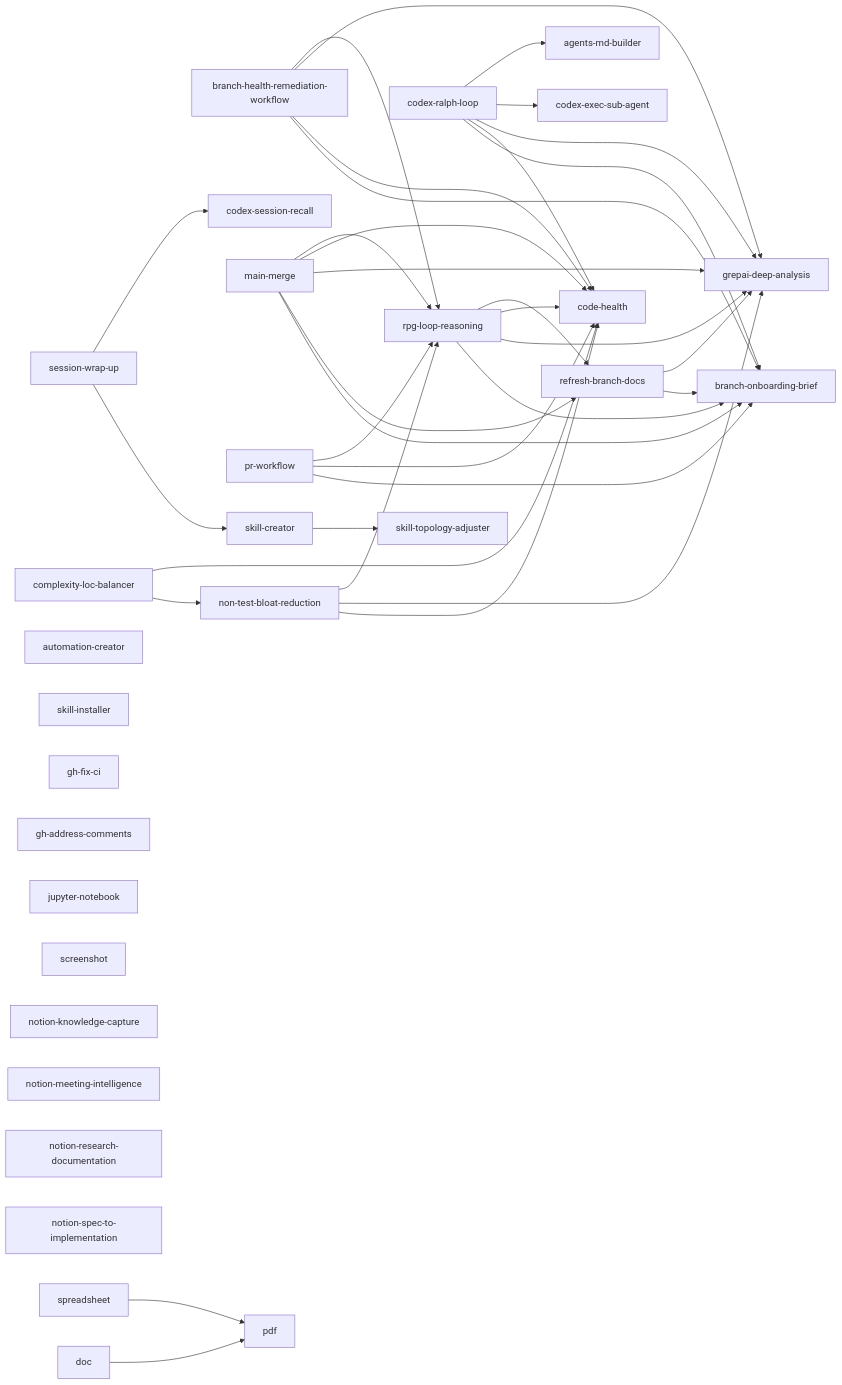
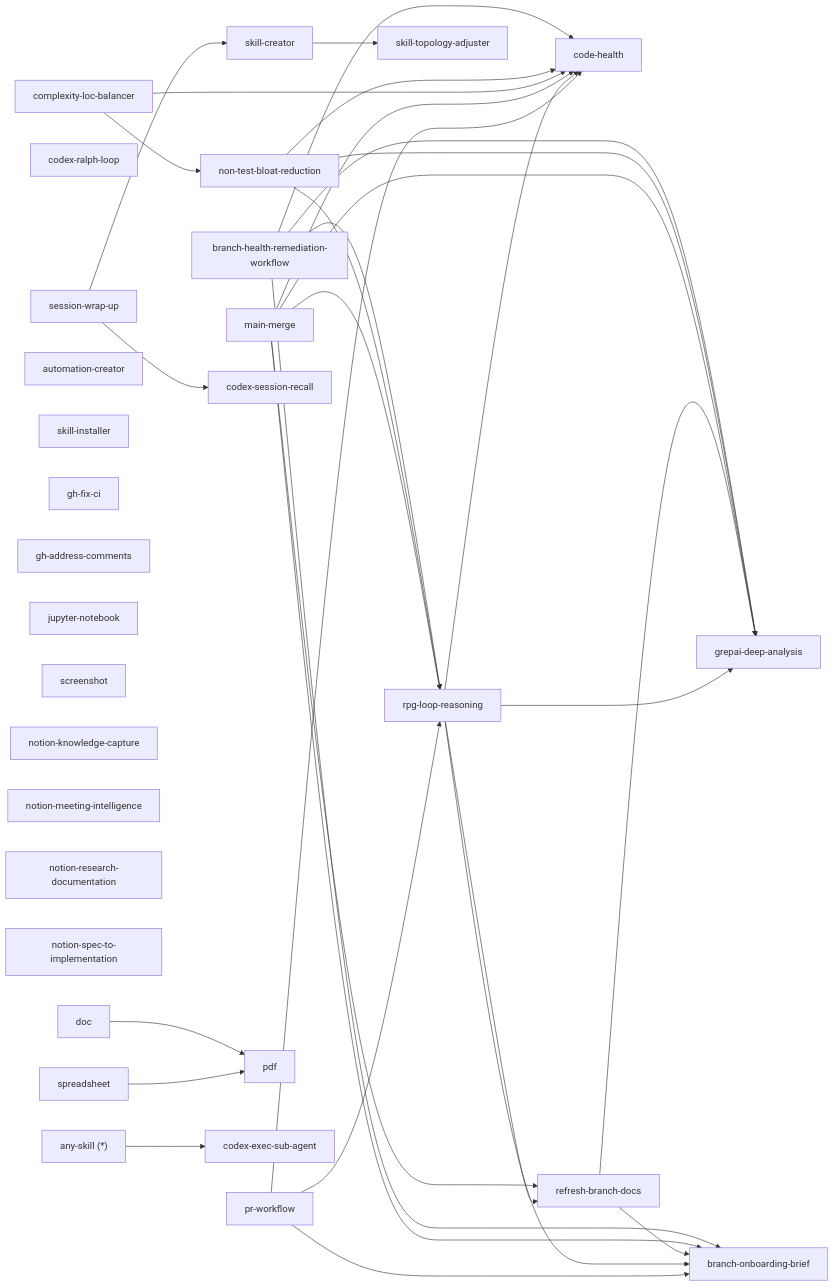
One commit to tinker495/codex-assets changed the first of 2 diagrams in skills/.system/skill-creator/references/skill_topology.md. Above: the diagram before and after it, drawn with Mermaid. The commit also changed other lines of this file and 8 other files, not shown here.

````diff
--- a/skills/.system/skill-creator/references/skill_topology.md
+++ b/skills/.system/skill-creator/references/skill_topology.md
@@ -75,57 +80,54 @@
 ```mermaid
 flowchart LR
   BHRW["branch-health-remediation-workflow"] --> BOB["branch-onboarding-brief"]
   BHRW --> CH["code-health"]
   BHRW --> GDA["grepai-deep-analysis"]
   BHRW --> RLR["rpg-loop-reasoning"]
 
   NTBR["non-test-bloat-reduction"] --> CH
   NTBR --> GDA
   NTBR --> RLR
 
   CLB["complexity-loc-balancer"] --> NTBR
   CLB --> CH
 
   MM["main-merge"] --> BOB
   MM --> RBD["refresh-branch-docs"]
   MM --> GDA
   MM --> CH
   MM --> RLR
 
   RBD --> BOB
   RBD --> GDA
 
   RLR["rpg-loop-reasoning"] --> BOB
   RLR --> GDA
   RLR --> CH
   RLR --> RBD
 
   PR["pr-workflow"] --> BOB
   PR --> CH
   PR --> RLR
 
-  CRL["codex-ralph-loop"] --> BOB
-  CRL --> CH
-  CRL --> GDA
-  CRL --> CESA["codex-exec-sub-agent"]
-  CRL --> AMB["agents-md-builder"]
+  CRL["codex-ralph-loop"]
 
   SWU["session-wrap-up"] --> SC["skill-creator"]
   SWU --> CSR["codex-session-recall"]
 
   SC --> STA["skill-topology-adjuster"]
 
   AC["automation-creator"]
   SI["skill-installer"]
   GHF["gh-fix-ci"]
   GHC["gh-address-comments"]
   JNB["jupyter-notebook"]
   SHOT["screenshot"]
   NKC["notion-knowledge-capture"]
   NMI["notion-meeting-intelligence"]
   NRD["notion-research-documentation"]
   NSI["notion-spec-to-implementation"]
 
   DOC["doc"] --> PDF["pdf"]
   SS["spreadsheet"] --> PDF
+  ANY["any-skill (*)"] --> CESA["codex-exec-sub-agent"]
 ```
````
